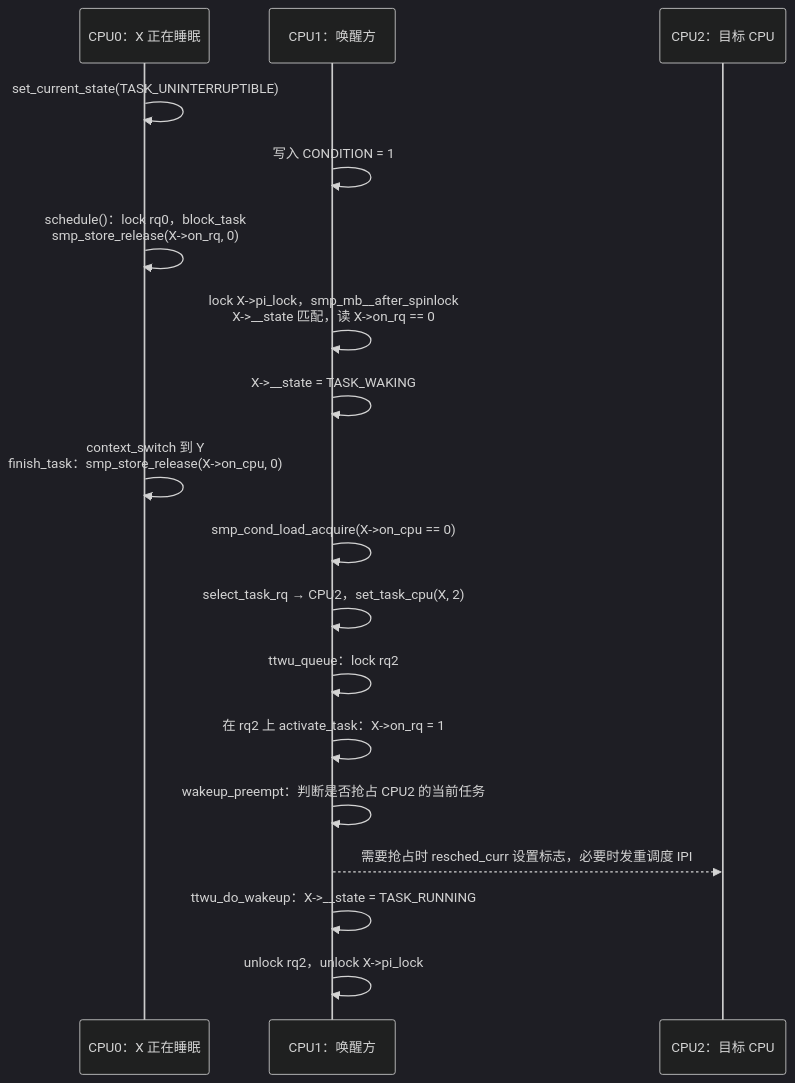
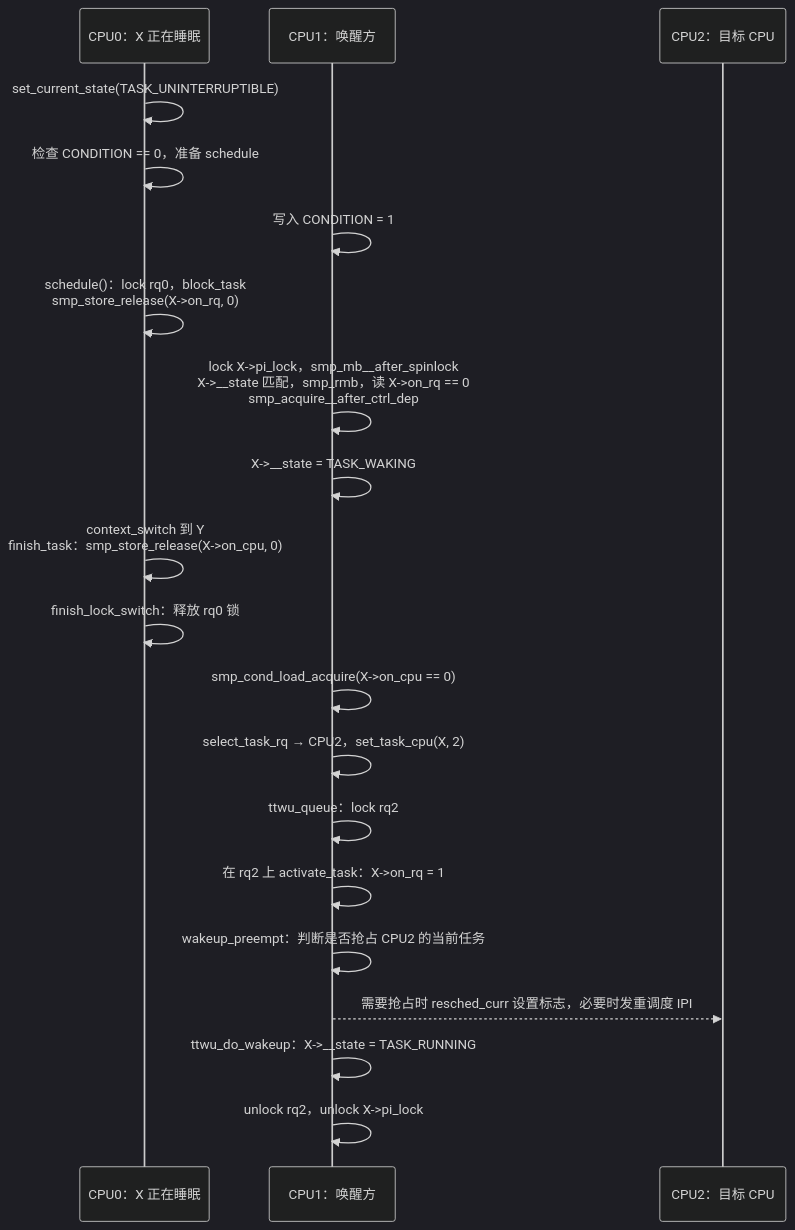
The fourth of 5 diagrams in book/sched/introduction.md (linuxperf/linux-study), drawn with Mermaid (dark theme) before and after one commit. The commit also changed other lines of this file and 3 other files, not shown here.

````diff
--- a/book/sched/introduction.md
+++ b/book/sched/introduction.md
@@ -697,21 +713,23 @@
 ```mermaid
 sequenceDiagram
     participant C0 as CPU0：X 正在睡眠
     participant C1 as CPU1：唤醒方
     participant C2 as CPU2：目标 CPU
 
     C0->>C0: set_current_state(TASK_UNINTERRUPTIBLE)
+    C0->>C0: 检查 CONDITION == 0，准备 schedule
     C1->>C1: 写入 CONDITION = 1
     C0->>C0: schedule()：lock rq0，block_task<br/>smp_store_release(X->on_rq, 0)
-    C1->>C1: lock X->pi_lock，smp_mb__after_spinlock<br/>X->__state 匹配，读 X->on_rq == 0
+    C1->>C1: lock X->pi_lock，smp_mb__after_spinlock<br/>X->__state 匹配，smp_rmb，读 X->on_rq == 0<br/>smp_acquire__after_ctrl_dep
     C1->>C1: X->__state = TASK_WAKING
     C0->>C0: context_switch 到 Y<br/>finish_task：smp_store_release(X->on_cpu, 0)
+    C0->>C0: finish_lock_switch：释放 rq0 锁
     C1->>C1: smp_cond_load_acquire(X->on_cpu == 0)
     C1->>C1: select_task_rq → CPU2，set_task_cpu(X, 2)
     C1->>C1: ttwu_queue：lock rq2
     C1->>C1: 在 rq2 上 activate_task：X->on_rq = 1
     C1->>C1: wakeup_preempt：判断是否抢占 CPU2 的当前任务
     C1-->>C2: 需要抢占时 resched_curr 设置标志，必要时发重调度 IPI
     C1->>C1: ttwu_do_wakeup：X->__state = TASK_RUNNING
     C1->>C1: unlock rq2，unlock X->pi_lock
 ```
````
